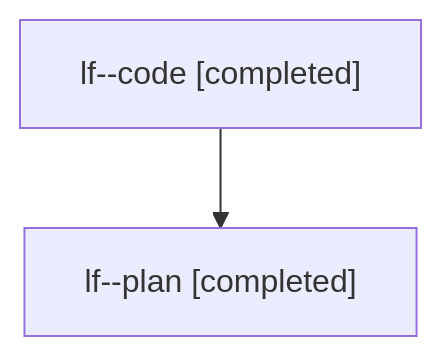
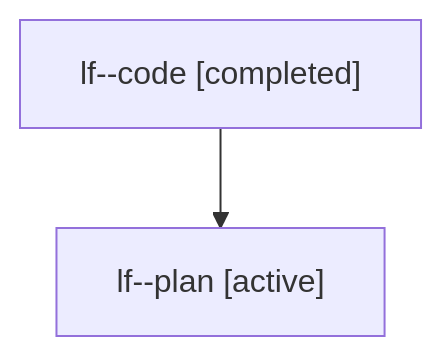
The diagram in families/bbugyi200.athena.lf.md (sase-org/sase--agents), drawn with Mermaid before and after one commit. The commit also changed other lines of this file and 8679 other files, not shown here.

````diff
--- a/families/bbugyi200.athena.lf.md
+++ b/families/bbugyi200.athena.lf.md
@@ -9,6 +9,6 @@
 ```mermaid
 flowchart TD
   n0["lf--code [completed]"]
-  n1["lf--plan [completed]"]
+  n1["lf--plan [active]"]
   n0 --> n1
 ```
````
